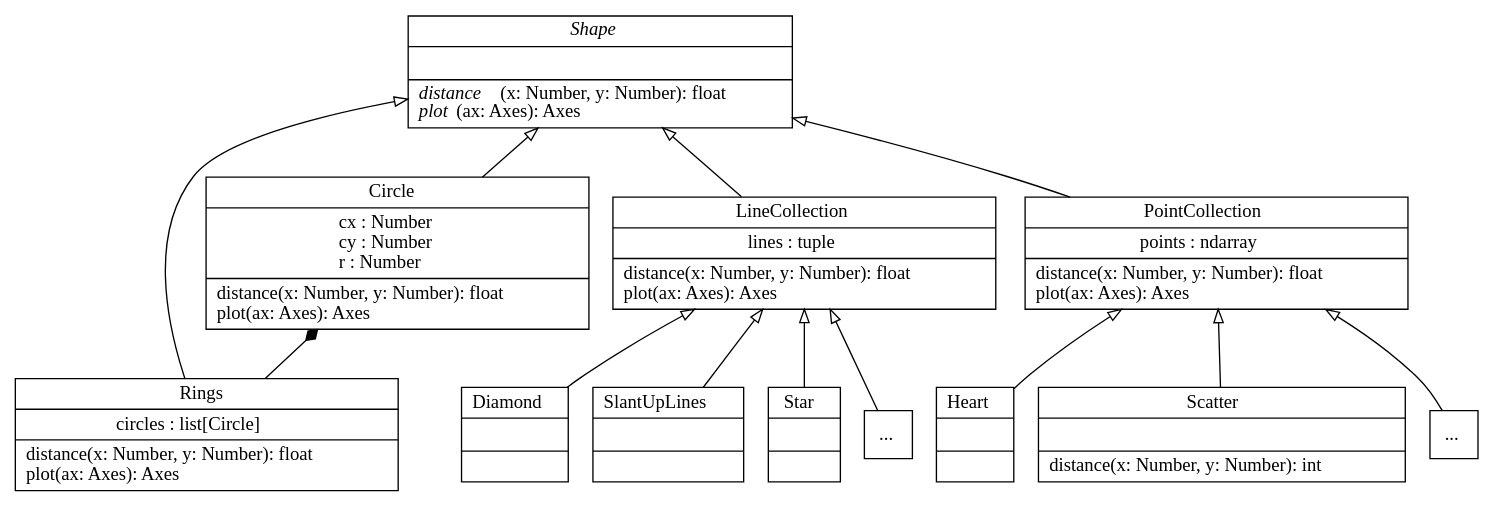
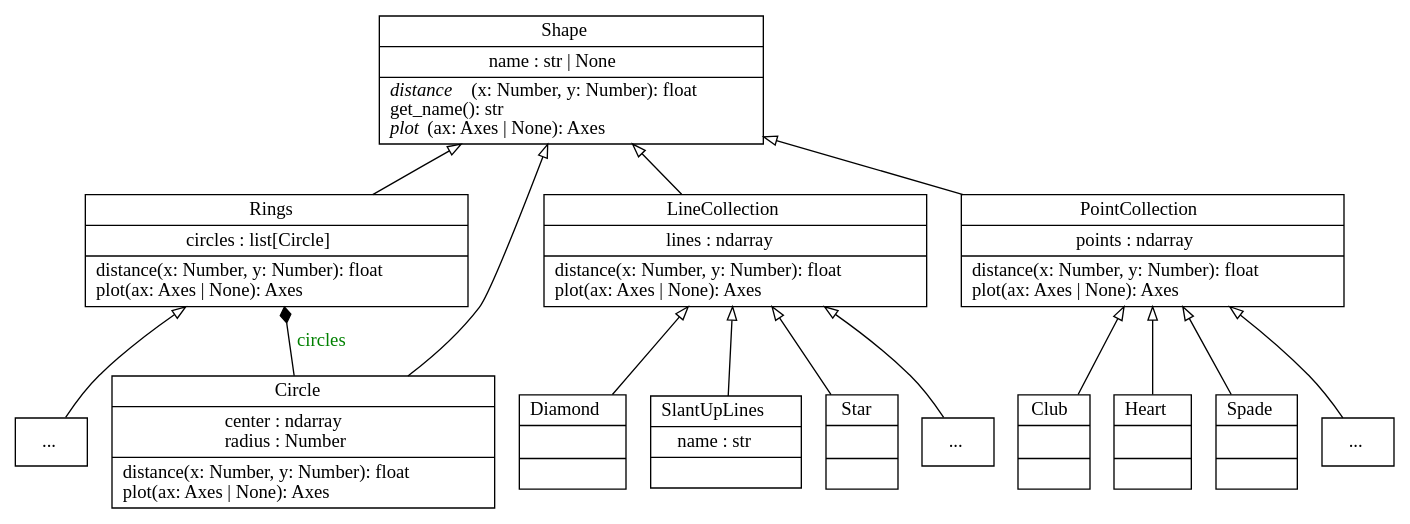
One commit to stefmolin/data-morph-talk changed the diagram in media/uml/shape_hierarchy.dot. Above: the diagram before and after it, drawn with Graphviz. The commit also changed 5 other files, not shown here.

```diff
--- a/media/uml/shape_hierarchy.dot
+++ b/media/uml/shape_hierarchy.dot
@@ -1,80 +1,32 @@
 digraph "classes_data_morph" {
 rankdir=BT
 charset="utf-8"
-
-"data_morph.shapes.bases.shape.Shape" [color="black", fontcolor="black", label=<{<I>Shape</I>|<br ALIGN="LEFT"/>|<I>distance</I>(x: Number, y: Number): float<br ALIGN="LEFT"/><I>plot</I>(ax: Axes): Axes<br ALIGN="LEFT"/>}>, shape="record", style="solid"];
-
-
-"data_morph.shapes.circles.Rings" [color="black", fontcolor="black", label=<{Rings|circles : list[Circle]<br ALIGN="LEFT"/>|distance(x: Number, y: Number): float<br ALIGN="LEFT"/>plot(ax: Axes): Axes<br ALIGN="LEFT"/>}>, shape="record", style="solid"];
-"data_morph.shapes.circles.Rings" -> "data_morph.shapes.bases.shape.Shape" [arrowhead="empty", arrowtail="none"];
-"data_morph.shapes.circles.Rings" -> "data_morph.shapes.circles.Circle" [arrowhead="diamond", arrowtail="none"];  # this shows composition
-
-"data_morph.shapes.circles.Circle" [color="black", fontcolor="black", label=<{Circle|cx : Number<br ALIGN="LEFT"/>cy : Number<br ALIGN="LEFT"/>r : Number<br ALIGN="LEFT"/>|distance(x: Number, y: Number): float<br ALIGN="LEFT"/>plot(ax: Axes): Axes<br ALIGN="LEFT"/>}>, shape="record", style="solid"];
-"data_morph.shapes.circles.Circle" -> "data_morph.shapes.bases.shape.Shape" [arrowhead="empty", arrowtail="none"];
-
-
-"data_morph.shapes.bases.line_collection.LineCollection" [color="black", fontcolor="black", label=<{LineCollection|lines : tuple<br ALIGN="LEFT"/>|distance(x: Number, y: Number): float<br ALIGN="LEFT"/>plot(ax: Axes): Axes<br ALIGN="LEFT"/>}>, shape="record", style="solid"];
-"data_morph.shapes.bases.line_collection.LineCollection" -> "data_morph.shapes.bases.shape.Shape" [arrowhead="empty", arrowtail="none"];
-
-"data_morph.shapes.polygons.Diamond" [color="black", fontcolor="black", label=<{Diamond|<br ALIGN="LEFT"/>|}>, shape="record", style="solid"];
-"data_morph.shapes.polygons.Diamond" -> "data_morph.shapes.bases.line_collection.LineCollection" [arrowhead="empty", arrowtail="none"];
-
-#"data_morph.shapes.lines.HighLines" [color="black", fontcolor="black", label=<{HighLines|<br ALIGN="LEFT"/>|}>, shape="record", style="solid"];
-#"data_morph.shapes.lines.HighLines" -> "data_morph.shapes.bases.line_collection.LineCollection" [arrowhead="empty", arrowtail="none"];
-
-#"data_morph.shapes.lines.HorizontalLines" [color="black", fontcolor="black", label=<{HorizontalLines|<br ALIGN="LEFT"/>|}>, shape="record", style="solid"];
-#"data_morph.shapes.lines.HorizontalLines" -> "data_morph.shapes.bases.line_collection.LineCollection" [arrowhead="empty", arrowtail="none"];
-
-#"data_morph.shapes.polygons.Rectangle" [color="black", fontcolor="black", label=<{Rectangle|<br ALIGN="LEFT"/>|}>, shape="record", style="solid"];
-#"data_morph.shapes.polygons.Rectangle" -> "data_morph.shapes.bases.line_collection.LineCollection" [arrowhead="empty", arrowtail="none"];
-
-#"data_morph.shapes.lines.SlantDownLines" [color="black", fontcolor="black", label=<{SlantDownLines|<br ALIGN="LEFT"/>|}>, shape="record", style="solid"];
-#"data_morph.shapes.lines.SlantDownLines" -> "data_morph.shapes.bases.line_collection.LineCollection" [arrowhead="empty", arrowtail="none"];
-
-"data_morph.shapes.lines.SlantUpLines" [color="black", fontcolor="black", label=<{SlantUpLines|<br ALIGN="LEFT"/>|}>, shape="record", style="solid"];
-"data_morph.shapes.lines.SlantUpLines" -> "data_morph.shapes.bases.line_collection.LineCollection" [arrowhead="empty", arrowtail="none"];
-
-"data_morph.shapes.polygons.Star" [color="black", fontcolor="black", label=<{Star|<br ALIGN="LEFT"/>|}>, shape="record", style="solid"];
-"data_morph.shapes.polygons.Star" -> "data_morph.shapes.bases.line_collection.LineCollection" [arrowhead="empty", arrowtail="none"];
-
-#"data_morph.shapes.lines.VerticalLines" [color="black", fontcolor="black", label=<{VerticalLines|<br ALIGN="LEFT"/>|}>, shape="record", style="solid"];
-#"data_morph.shapes.lines.VerticalLines" -> "data_morph.shapes.bases.line_collection.LineCollection" [arrowhead="empty", arrowtail="none"];
-
-#"data_morph.shapes.lines.WideLines" [color="black", fontcolor="black", label=<{WideLines|<br ALIGN="LEFT"/>|}>, shape="record", style="solid"];
-#"data_morph.shapes.lines.WideLines" -> "data_morph.shapes.bases.line_collection.LineCollection" [arrowhead="empty", arrowtail="none"];
-
-#"data_morph.shapes.lines.XLines" [color="black", fontcolor="black", label=<{XLines|<br ALIGN="LEFT"/>|}>, shape="record", style="solid"];
-#"data_morph.shapes.lines.XLines" -> "data_morph.shapes.bases.line_collection.LineCollection" [arrowhead="empty", arrowtail="none"];
-
-"data_morph.shapes.lines.others" [color="black", fontcolor="black", label=<...>, shape="square", style="solid"];
-"data_morph.shapes.lines.others" -> "data_morph.shapes.bases.line_collection.LineCollection" [arrowhead="empty", arrowtail="none"];
-
-
-"data_morph.shapes.bases.point_collection.PointCollection" [color="black", fontcolor="black", label=<{PointCollection|points : ndarray<br ALIGN="LEFT"/>|distance(x: Number, y: Number): float<br ALIGN="LEFT"/>plot(ax: Axes): Axes<br ALIGN="LEFT"/>}>, shape="record", style="solid"];
-"data_morph.shapes.bases.point_collection.PointCollection" -> "data_morph.shapes.bases.shape.Shape" [arrowhead="empty", arrowtail="none"];
-
-#"data_morph.shapes.points.DotsGrid" [color="black", fontcolor="black", label=<{DotsGrid|<br ALIGN="LEFT"/>|}>, shape="record", style="solid"];
-#"data_morph.shapes.points.DotsGrid" -> "data_morph.shapes.bases.point_collection.PointCollection" [arrowhead="empty", arrowtail="none"];
-
-#"data_morph.shapes.points.DownParabola" [color="black", fontcolor="black", label=<{DownParabola|<br ALIGN="LEFT"/>|}>, shape="record", style="solid"];
-#"data_morph.shapes.points.DownParabola" -> "data_morph.shapes.bases.point_collection.PointCollection" [arrowhead="empty", arrowtail="none"];
-
-"data_morph.shapes.points.Heart" [color="black", fontcolor="black", label=<{Heart|<br ALIGN="LEFT"/>|}>, shape="record", style="solid"];
-"data_morph.shapes.points.Heart" -> "data_morph.shapes.bases.point_collection.PointCollection" [arrowhead="empty", arrowtail="none"];
-
-#"data_morph.shapes.points.LeftParabola" [color="black", fontcolor="black", label=<{LeftParabola|<br ALIGN="LEFT"/>|}>, shape="record", style="solid"];
-#"data_morph.shapes.points.LeftParabola" -> "data_morph.shapes.bases.point_collection.PointCollection" [arrowhead="empty", arrowtail="none"];
-
-#"data_morph.shapes.points.RightParabola" [color="black", fontcolor="black", label=<{RightParabola|<br ALIGN="LEFT"/>|}>, shape="record", style="solid"];
-#"data_morph.shapes.points.RightParabola" -> "data_morph.shapes.bases.point_collection.PointCollection" [arrowhead="empty", arrowtail="none"];
-
-"data_morph.shapes.points.Scatter" [color="black", fontcolor="black", label=<{Scatter|<br ALIGN="LEFT"/>|distance(x: Number, y: Number): int<br ALIGN="LEFT"/>}>, shape="record", style="solid"];
-"data_morph.shapes.points.Scatter" -> "data_morph.shapes.bases.point_collection.PointCollection" [arrowhead="empty", arrowtail="none"];
-
-#"data_morph.shapes.points.UpParabola" [color="black", fontcolor="black", label=<{UpParabola|<br ALIGN="LEFT"/>|}>, shape="record", style="solid"];
-#"data_morph.shapes.points.UpParabola" -> "data_morph.shapes.bases.point_collection.PointCollection" [arrowhead="empty", arrowtail="none"];
-
-"data_morph.shapes.points.others" [color="black", fontcolor="black", label=<...>, shape="square", style="solid"];
-"data_morph.shapes.points.others" -> "data_morph.shapes.bases.point_collection.PointCollection" [arrowhead="empty", arrowtail="none"];
-
+"src.data_morph.shapes.circles.placeholder" [color="black", fontcolor="black", label=<{...}>, shape="record", style="solid"];
+"src.data_morph.shapes.circles.Circle" [color="black", fontcolor="black", label=<{Circle|center : ndarray<br ALIGN="LEFT"/>radius : Number<br ALIGN="LEFT"/>|distance(x: Number, y: Number): float<br ALIGN="LEFT"/>plot(ax: Axes \| None): Axes<br ALIGN="LEFT"/>}>, shape="record", style="solid"];
+"src.data_morph.shapes.points.club.Club" [color="black", fontcolor="black", label=<{Club|<br ALIGN="LEFT"/>|}>, shape="record", style="solid"];
+"src.data_morph.shapes.lines.diamond.Diamond" [color="black", fontcolor="black", label=<{Diamond|<br ALIGN="LEFT"/>|}>, shape="record", style="solid"];
+"src.data_morph.shapes.points.heart.Heart" [color="black", fontcolor="black", label=<{Heart|<br ALIGN="LEFT"/>|}>, shape="record", style="solid"];
+"src.data_morph.shapes.bases.line_collection.LineCollection" [color="black", fontcolor="black", label=<{LineCollection|lines : ndarray<br ALIGN="LEFT"/>|distance(x: Number, y: Number): float<br ALIGN="LEFT"/>plot(ax: Axes \| None): Axes<br ALIGN="LEFT"/>}>, shape="record", style="solid"];
+"src.data_morph.shapes.bases.point_collection.PointCollection" [color="black", fontcolor="black", label=<{PointCollection|points : ndarray<br ALIGN="LEFT"/>|distance(x: Number, y: Number): float<br ALIGN="LEFT"/>plot(ax: Axes \| None): Axes<br ALIGN="LEFT"/>}>, shape="record", style="solid"];
+"src.data_morph.shapes.circles.Rings" [color="black", fontcolor="black", label=<{Rings|circles : list[Circle]<br ALIGN="LEFT"/>|distance(x: Number, y: Number): float<br ALIGN="LEFT"/>plot(ax: Axes \| None): Axes<br ALIGN="LEFT"/>}>, shape="record", style="solid"];
+"src.data_morph.shapes.bases.shape.Shape" [color="black", fontcolor="black", label=<{Shape|name : str \| None<br ALIGN="LEFT"/>|<I>distance</I>(x: Number, y: Number): float<br ALIGN="LEFT"/>get_name(): str<br ALIGN="LEFT"/><I>plot</I>(ax: Axes \| None): Axes<br ALIGN="LEFT"/>}>, shape="record", style="solid"];
+"src.data_morph.shapes.lines.slant_up.SlantUpLines" [color="black", fontcolor="black", label=<{SlantUpLines|name : str<br ALIGN="LEFT"/>|}>, shape="record", style="solid"];
+"src.data_morph.shapes.points.spade.Spade" [color="black", fontcolor="black", label=<{Spade|<br ALIGN="LEFT"/>|}>, shape="record", style="solid"];
+"src.data_morph.shapes.lines.star.Star" [color="black", fontcolor="black", label=<{Star|<br ALIGN="LEFT"/>|}>, shape="record", style="solid"];
+"src.data_morph.shapes.lines.placeholder" [color="black", fontcolor="black", label=<{...}>, shape="record", style="solid"];
+"src.data_morph.shapes.points.placeholder" [color="black", fontcolor="black", label=<{...}>, shape="record", style="solid"];
+"src.data_morph.shapes.bases.line_collection.LineCollection" -> "src.data_morph.shapes.bases.shape.Shape" [arrowhead="empty", arrowtail="none"];
+"src.data_morph.shapes.bases.point_collection.PointCollection" -> "src.data_morph.shapes.bases.shape.Shape" [arrowhead="empty", arrowtail="none"];
+"src.data_morph.shapes.circles.Circle" -> "src.data_morph.shapes.bases.shape.Shape" [arrowhead="empty", arrowtail="none"];
+"src.data_morph.shapes.circles.Rings" -> "src.data_morph.shapes.bases.shape.Shape" [arrowhead="empty", arrowtail="none"];
+"src.data_morph.shapes.lines.diamond.Diamond" -> "src.data_morph.shapes.bases.line_collection.LineCollection" [arrowhead="empty", arrowtail="none"];
+"src.data_morph.shapes.lines.slant_up.SlantUpLines" -> "src.data_morph.shapes.bases.line_collection.LineCollection" [arrowhead="empty", arrowtail="none"];
+"src.data_morph.shapes.lines.star.Star" -> "src.data_morph.shapes.bases.line_collection.LineCollection" [arrowhead="empty", arrowtail="none"];
+"src.data_morph.shapes.lines.placeholder" -> "src.data_morph.shapes.bases.line_collection.LineCollection" [arrowhead="empty", arrowtail="none"];
+"src.data_morph.shapes.points.club.Club" -> "src.data_morph.shapes.bases.point_collection.PointCollection" [arrowhead="empty", arrowtail="none"];
+"src.data_morph.shapes.points.heart.Heart" -> "src.data_morph.shapes.bases.point_collection.PointCollection" [arrowhead="empty", arrowtail="none"];
+"src.data_morph.shapes.points.spade.Spade" -> "src.data_morph.shapes.bases.point_collection.PointCollection" [arrowhead="empty", arrowtail="none"];
+"src.data_morph.shapes.points.placeholder" -> "src.data_morph.shapes.bases.point_collection.PointCollection" [arrowhead="empty", arrowtail="none"];
+"src.data_morph.shapes.circles.Circle" -> "src.data_morph.shapes.circles.Rings" [arrowhead="diamond", arrowtail="none", fontcolor="green", label="circles", style="solid"];
+"src.data_morph.shapes.circles.placeholder" -> "src.data_morph.shapes.circles.Rings" [arrowhead="empty", arrowtail="none"];
 }
```
